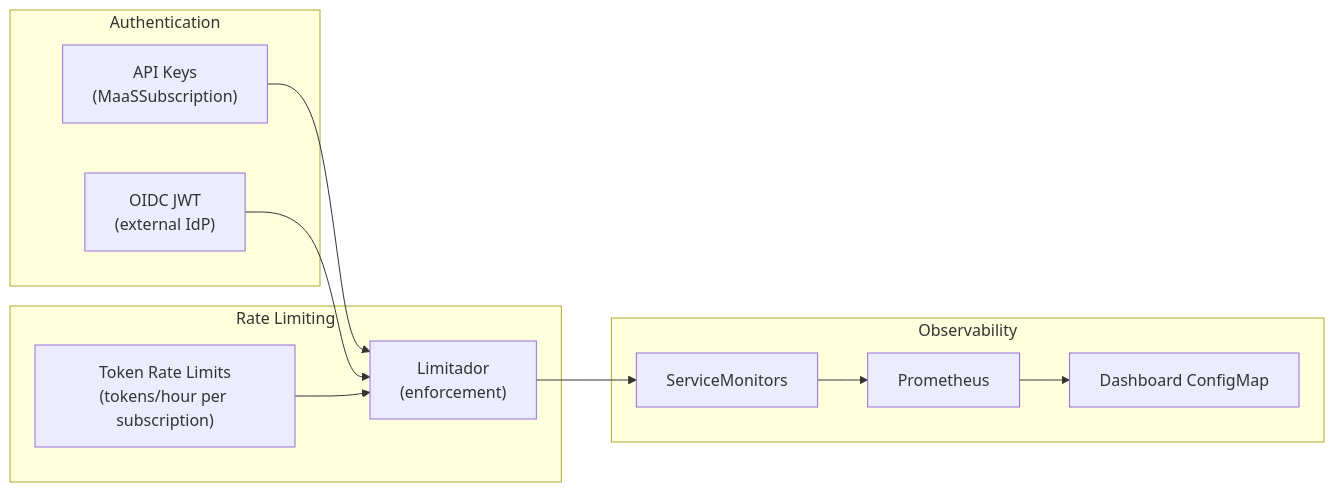
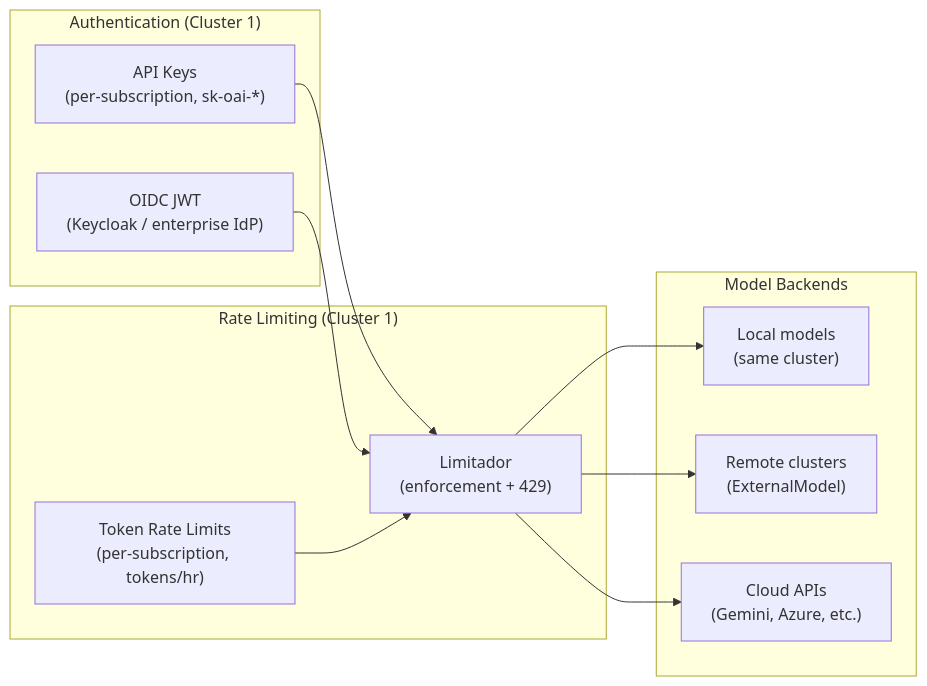
Before and after one commit to rrbanda/maas-demo: the third of 3 diagrams in README.md, drawn with Mermaid. The commit also changed other lines of this file and 4 other files, not shown here.

First line of the commit message:
Align all docs with current architecture: governance on Cluster 1 (AI Bridge)

````diff
--- a/README.md
+++ b/README.md
@@ -82,25 +86,25 @@
 ```mermaid
 flowchart LR
-    subgraph AuthZ["Authentication"]
-        AK["API Keys<br/>(MaaSSubscription)"]
-        OIDC["OIDC JWT<br/>(external IdP)"]
+    subgraph AuthZ["Authentication (Cluster 1)"]
+        AK["API Keys<br/>(per-subscription, sk-oai-*)"]
+        OIDC["OIDC JWT<br/>(Keycloak / enterprise IdP)"]
     end
 
-    subgraph RL["Rate Limiting"]
-        TRL["Token Rate Limits<br/>(tokens/hour per subscription)"]
-        LIM["Limitador<br/>(enforcement)"]
+    subgraph RL["Rate Limiting (Cluster 1)"]
+        TRL["Token Rate Limits<br/>(per-subscription, tokens/hr)"]
+        LIM["Limitador<br/>(enforcement + 429)"]
     end
 
-    subgraph OBS["Observability"]
-        SM["ServiceMonitors"]
-        PROM["Prometheus"]
-        DASH["Dashboard ConfigMap"]
+    subgraph Backends["Model Backends"]
+        Local["Local models<br/>(same cluster)"]
+        Remote["Remote clusters<br/>(ExternalModel)"]
+        Cloud["Cloud APIs<br/>(Gemini, Azure, etc.)"]
     end
 
     AK --> LIM
     OIDC --> LIM
     TRL --> LIM
-    LIM --> SM
-    SM --> PROM
-    PROM --> DASH
+    LIM --> Local
+    LIM --> Remote
+    LIM --> Cloud
 ```
````
